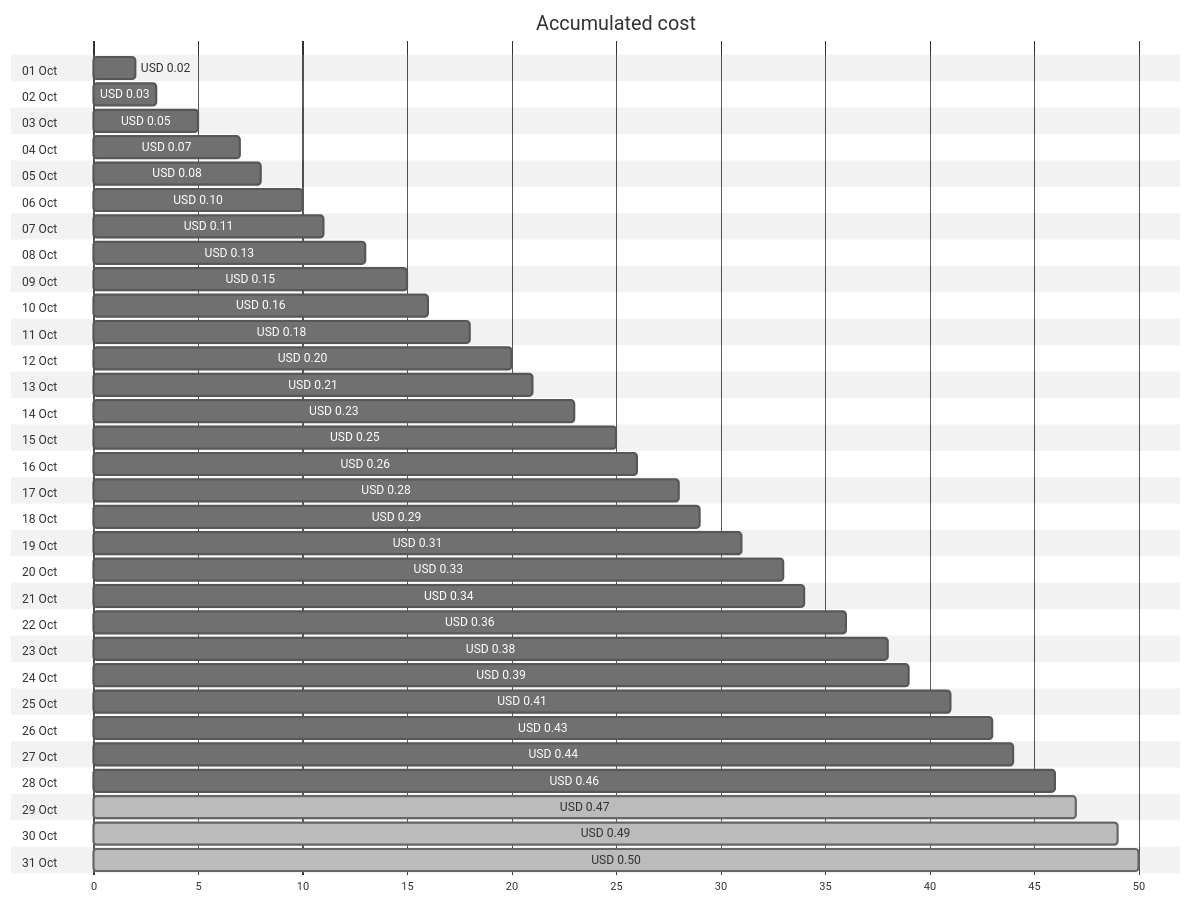
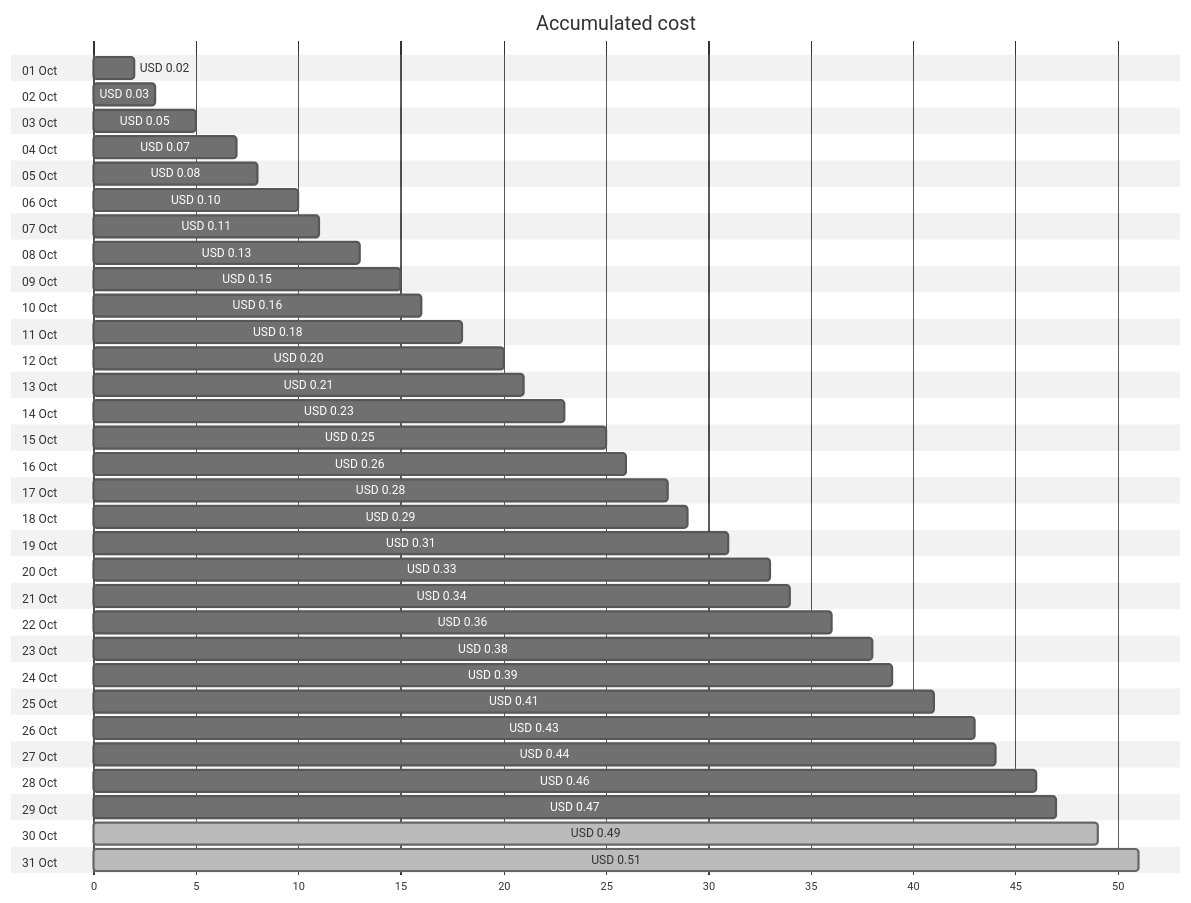
The first of 4 diagrams in cost-reports/personal-dns/jpatrickfulton.com.md (jpfulton/azure-personal-reports), drawn with Mermaid (neutral theme) before and after one commit. The commit also changed other lines of this file and 2 other files, not shown here.

````diff
--- a/cost-reports/personal-dns/jpatrickfulton.com.md
+++ b/cost-reports/personal-dns/jpatrickfulton.com.md
@@ -20,68 +20,68 @@
 ```mermaid
 gantt
    title Accumulated cost
    dateFormat  X
    axisFormat %s
    section 01 Oct
    USD 0.02 :0, 2
    section 02 Oct
    USD 0.03 :0, 3
    section 03 Oct
    USD 0.05 :0, 5
    section 04 Oct
    USD 0.07 :0, 7
    section 05 Oct
    USD 0.08 :0, 8
    section 06 Oct
    USD 0.10 :0, 10
    section 07 Oct
    USD 0.11 :0, 11
    section 08 Oct
    USD 0.13 :0, 13
    section 09 Oct
    USD 0.15 :0, 15
    section 10 Oct
    USD 0.16 :0, 16
    section 11 Oct
    USD 0.18 :0, 18
    section 12 Oct
    USD 0.20 :0, 20
    section 13 Oct
    USD 0.21 :0, 21
    section 14 Oct
    USD 0.23 :0, 23
    section 15 Oct
    USD 0.25 :0, 25
    section 16 Oct
    USD 0.26 :0, 26
    section 17 Oct
    USD 0.28 :0, 28
    section 18 Oct
    USD 0.29 :0, 29
    section 19 Oct
    USD 0.31 :0, 31
    section 20 Oct
    USD 0.33 :0, 33
    section 21 Oct
    USD 0.34 :0, 34
    section 22 Oct
    USD 0.36 :0, 36
    section 23 Oct
    USD 0.38 :0, 38
    section 24 Oct
    USD 0.39 :0, 39
    section 25 Oct
    USD 0.41 :0, 41
    section 26 Oct
    USD 0.43 :0, 43
    section 27 Oct
    USD 0.44 :0, 44
    section 28 Oct
    USD 0.46 :0, 46
    section 29 Oct
-   USD 0.47 : done, 0, 47
+   USD 0.47 :0, 47
    section 30 Oct
    USD 0.49 : done, 0, 49
    section 31 Oct
-   USD 0.50 : done, 0, 50
+   USD 0.51 : done, 0, 51
 ```
````
